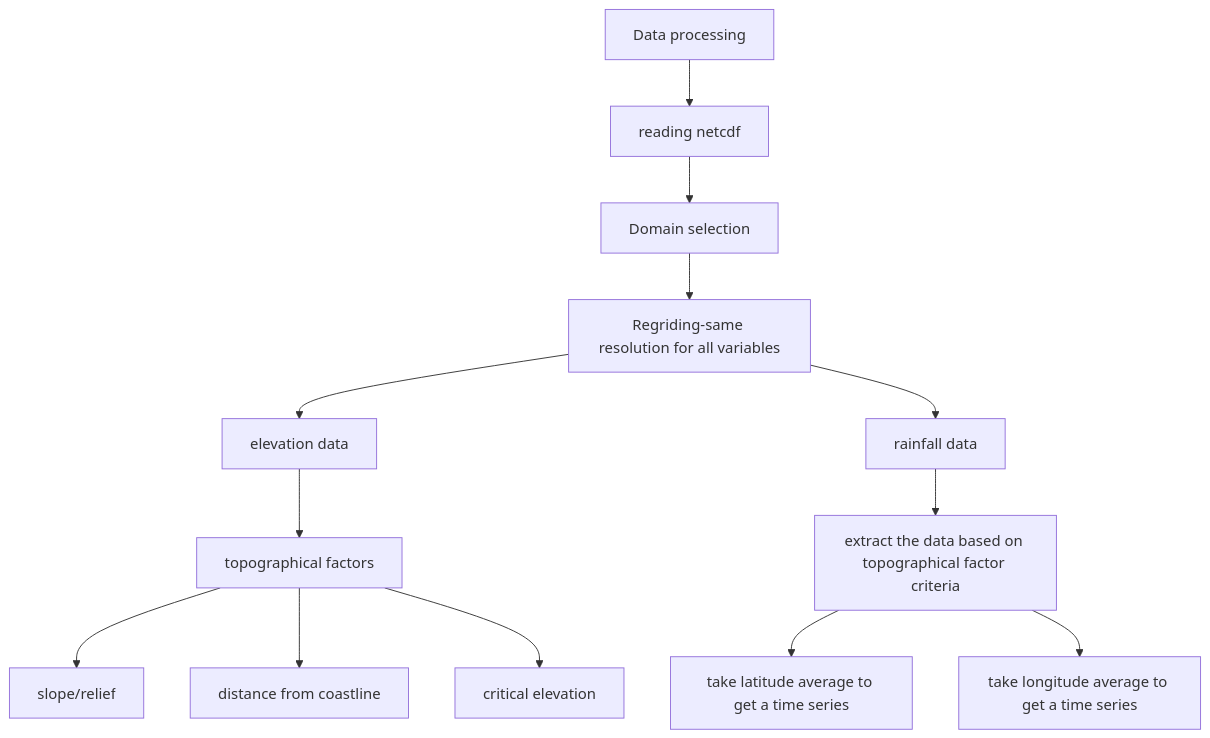
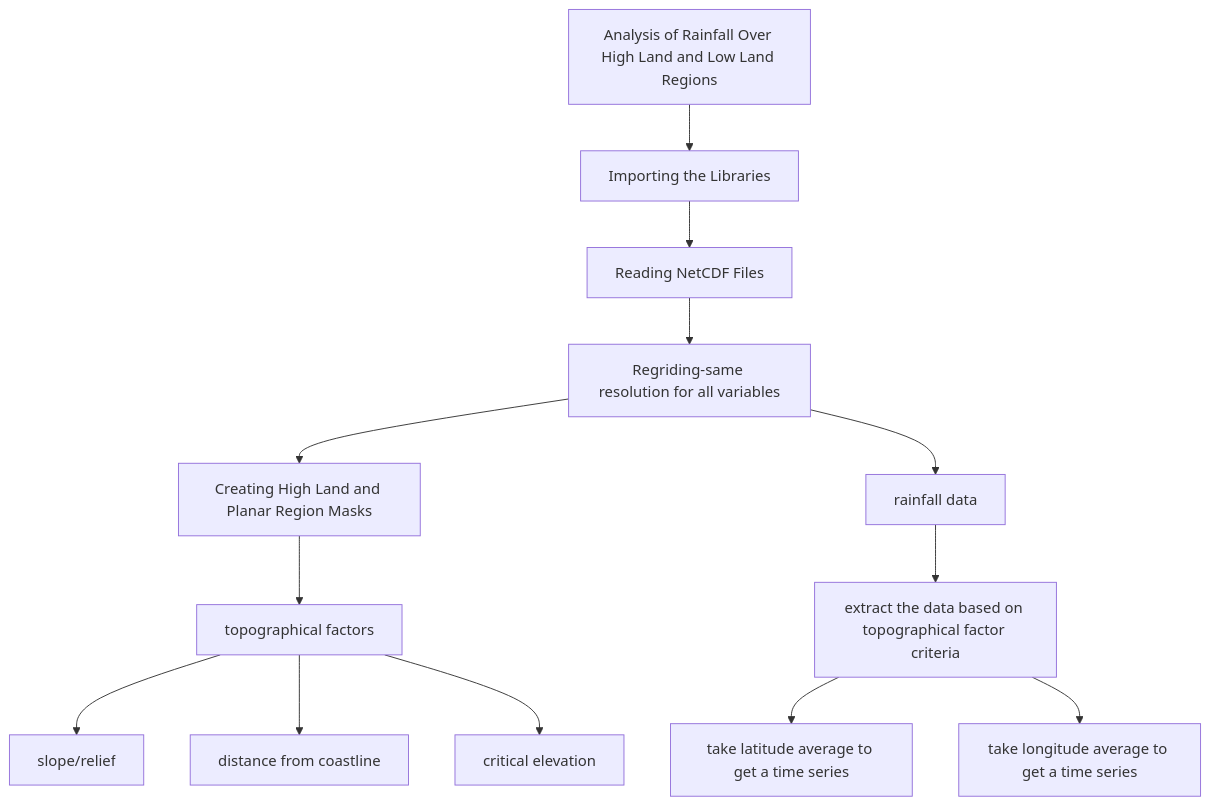
The first of 2 diagrams in README.md (sputhiyamadam/PYRATES_workshop), drawn with Mermaid before and after one commit. The commit also changed other lines of this file, not shown here.

````diff
--- a/README.md
+++ b/README.md
@@ -80,11 +80,11 @@
 ```mermaid
 graph TD;
-    id1[Data processing]-->id2[reading netcdf]--> id3[Domain selection]--> id4[Regriding-same resolution for all variables]; 
-    id4[Regriding-same resolution for all variables]-->id5[elevation data]-->id6[topographical factors];
+    id1[Analysis of Rainfall Over High Land and Low Land Regions]-->id2[Importing the Libraries]--> id3[Reading NetCDF Files]--> id4[Developing Masks for High Land and Planar Regions]; 
+    id4[Developing Masks for High Land and Planar Regions]-->id5[Creating High Land and Planar Region Masks]-->id6[Plotting the High Land and Planar Points];
     id6[topographical factors]-->id7[slope/relief];
     id6[topographical factors]-->id8[distance from coastline];
     id6[topographical factors]-->id9[critical elevation];  
     
     id4[Regriding-same resolution for all variables]-->id10[rainfall data]-->id11[extract the data based on topographical factor criteria]-->id12[take latitude average to get a time series]
     id11[extract the data based on topographical factor criteria]-->id13[take longitude average to get a time series]
 ```
````
